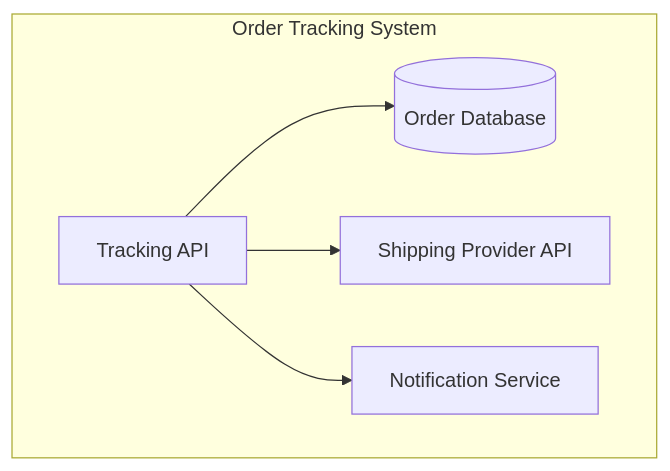
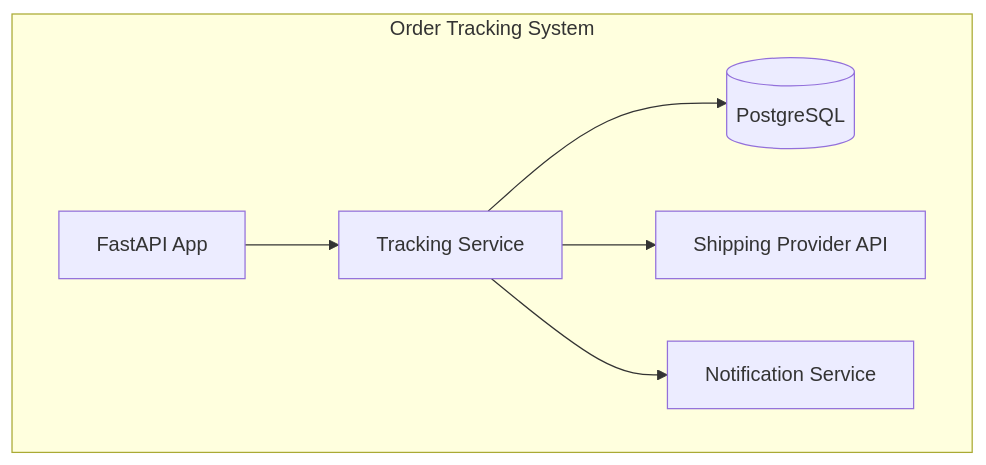
Before and after one commit to manko-max/pdp: the sixth of 6 diagrams in design-first-approach/feature-examples.md, drawn with Mermaid. The commit also changed other lines of this file, not shown here.

````diff
--- a/design-first-approach/feature-examples.md
+++ b/design-first-approach/feature-examples.md
@@ -396,13 +782,15 @@
 ```mermaid
 graph TB
     subgraph "Order Tracking System"
-        TrackingAPI[Tracking API]
-        OrderDB[(Order Database)]
+        FastAPI[FastAPI App]
+        TrackingService[Tracking Service]
+        OrderDB[(PostgreSQL)]
         ShippingAPI[Shipping Provider API]
         NotificationService[Notification Service]
     end
     
-    TrackingAPI --> OrderDB
-    TrackingAPI --> ShippingAPI
-    TrackingAPI --> NotificationService
+    FastAPI --> TrackingService
+    TrackingService --> OrderDB
+    TrackingService --> ShippingAPI
+    TrackingService --> NotificationService
 ```
````
